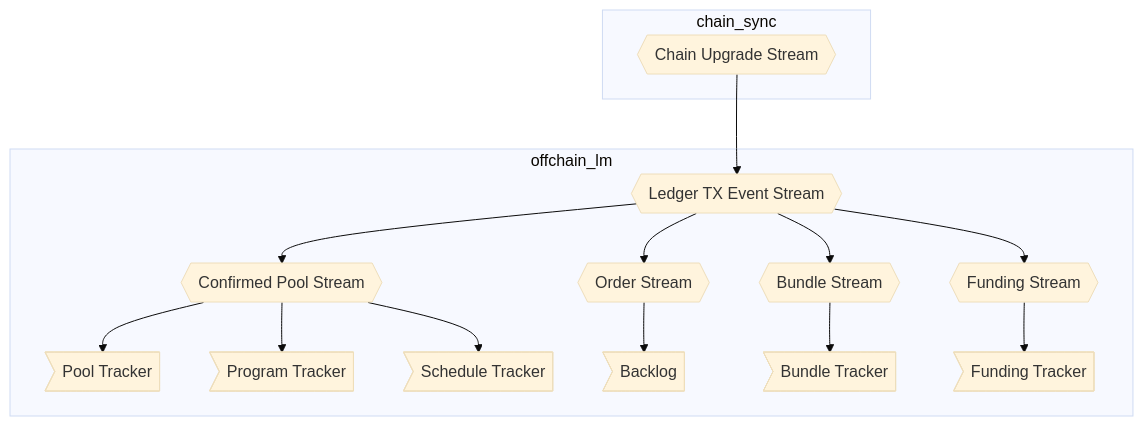
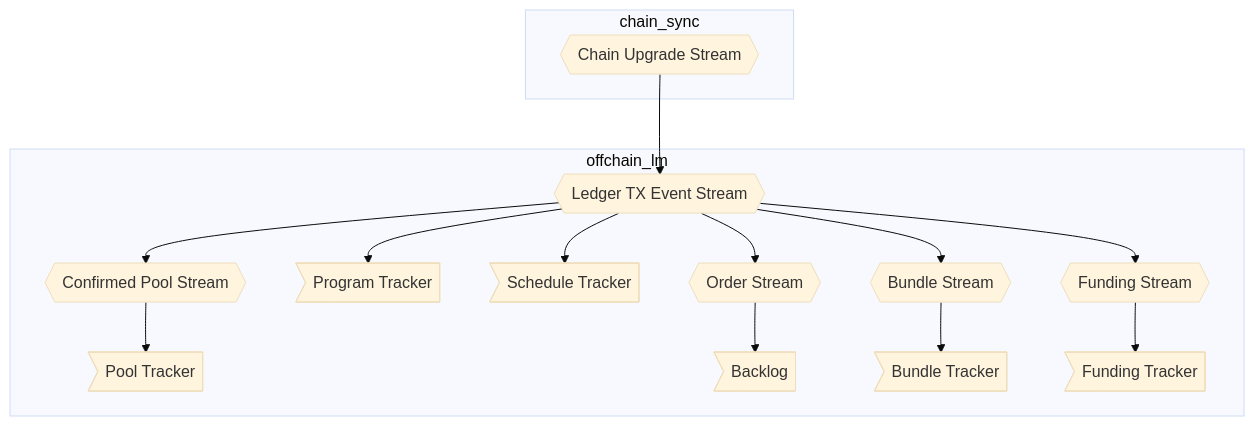
One commit to spectrum-finance/spectrum-offchain-ergo changed the diagram in docs/streams_lm.md. Above: the diagram before and after it, drawn with Mermaid (base theme). The commit also changed 10 other files, not shown here.

````diff
--- a/docs/streams_lm.md
+++ b/docs/streams_lm.md
@@ -3,41 +3,41 @@
 ```mermaid
 flowchart TD
     CS{{Chain Upgrade Stream}}
         -->LS{{Ledger TX Event Stream}}
         -->CPS{{Confirmed Pool Stream}}
 
     subgraph chain_sync
         CS
     end
 
     CPS-->PR>Pool Tracker]
-    CPS-->PH>Program Tracker]
-    CPS-->ST>Schedule Tracker]
+    LS-->PT>Program Tracker]
+    LS-->ST>Schedule Tracker]
 
     LS
         -->OS{{Order Stream}}
         -->BL>Backlog]
 
     LS
         -->BS{{Bundle Stream}}
         -->BT>Bundle Tracker]
 
     LS
         -->FS{{Funding Stream}}
         -->FT>Funding Tracker]
 
     subgraph offchain_lm
         LS
         CPS
         PR
-        PH
+        PT
         ST
         OS
         BL
         BS
         BT
         FS
         FT
     end
 
 ```
````
